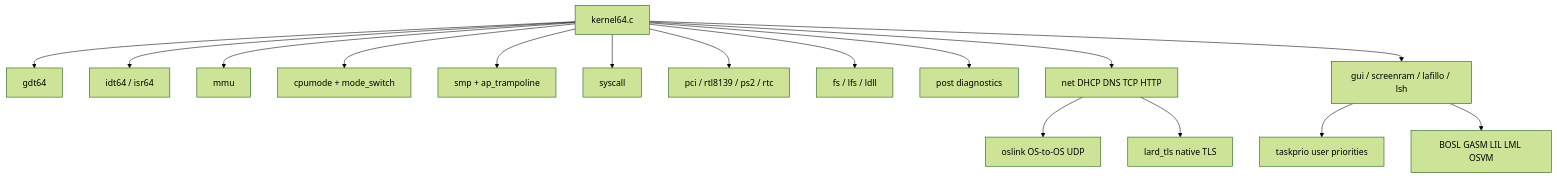
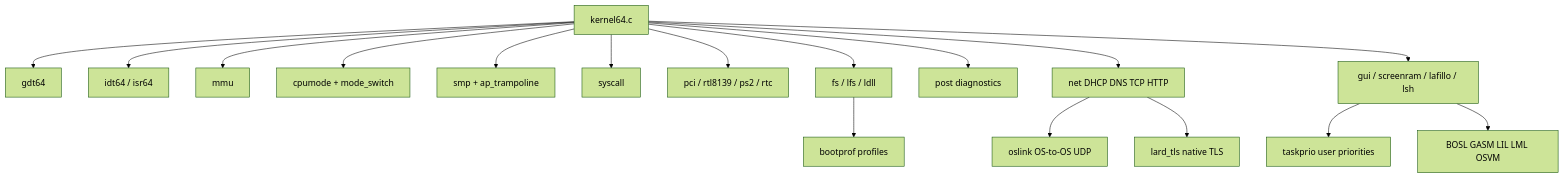
Before and after one commit to jgchoimd-web/lardos: the second of 4 diagrams in os/ARCHITECTURE.md, drawn with Mermaid (forest theme). The commit also changed other lines of this file and 11 other files, not shown here.

Commit message:
Add boot profiles

````diff
--- a/os/ARCHITECTURE.md
+++ b/os/ARCHITECTURE.md
@@ -49,35 +49,37 @@
 ```mermaid
 flowchart TB
     Kmain["kernel64.c"]
     GDT["gdt64"]
     IDT["idt64 / isr64"]
     MMU["mmu"]
     CpuMode["cpumode + mode_switch"]
     SMP["smp + ap_trampoline"]
     Syscall["syscall"]
     Drivers["pci / rtl8139 / ps2 / rtc"]
     Storage["fs / lfs / ldll"]
     POST["post diagnostics"]
     Net["net DHCP DNS TCP HTTP"]
     OSLink["oslink OS-to-OS UDP"]
     TaskPrio["taskprio user priorities"]
+    BootProf["bootprof profiles"]
     TLS["lard_tls native TLS"]
     GUI["gui / screenram / lafillo / lsh"]
     VM["BOSL GASM LIL LML OSVM"]
 
     Kmain --> GDT
     Kmain --> IDT
     Kmain --> MMU
     Kmain --> CpuMode
     Kmain --> SMP
     Kmain --> Syscall
     Kmain --> Drivers
     Kmain --> Storage
+    Storage --> BootProf
     Kmain --> POST
     Kmain --> Net
     Net --> OSLink
     Net --> TLS
     Kmain --> GUI
     GUI --> TaskPrio
     GUI --> VM
 ```
````
